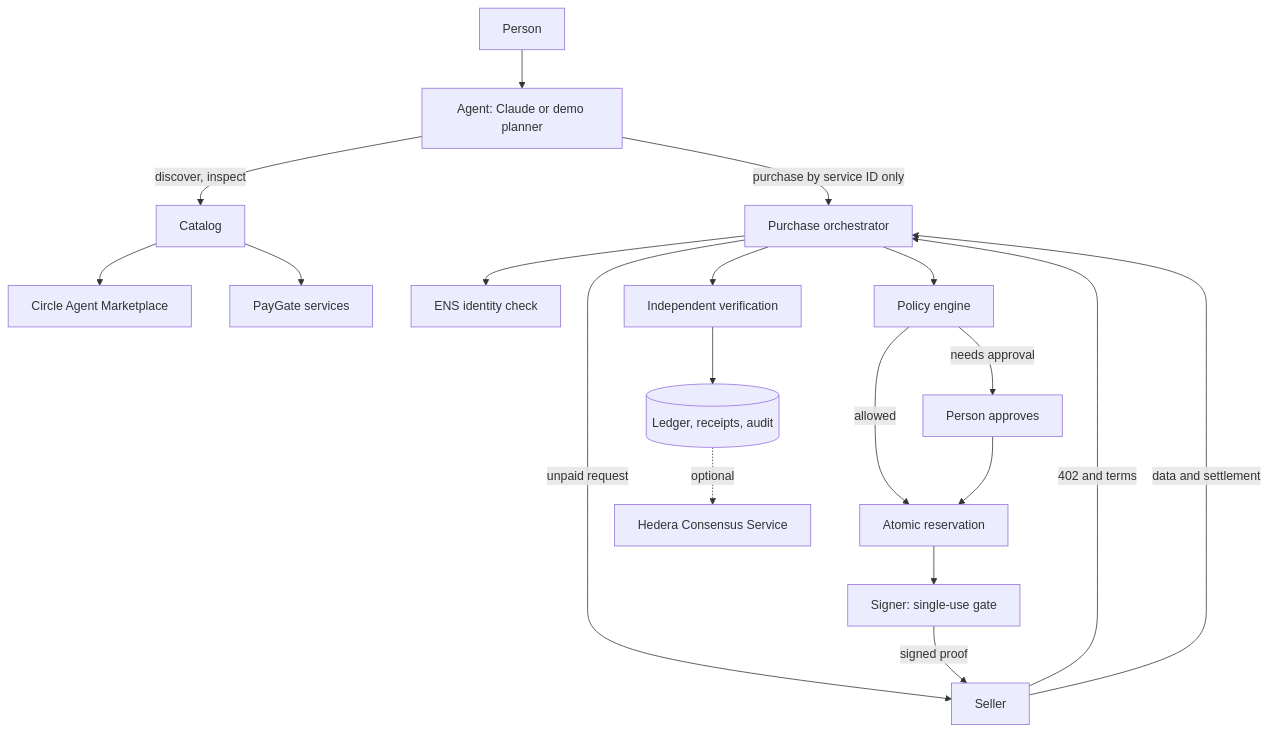
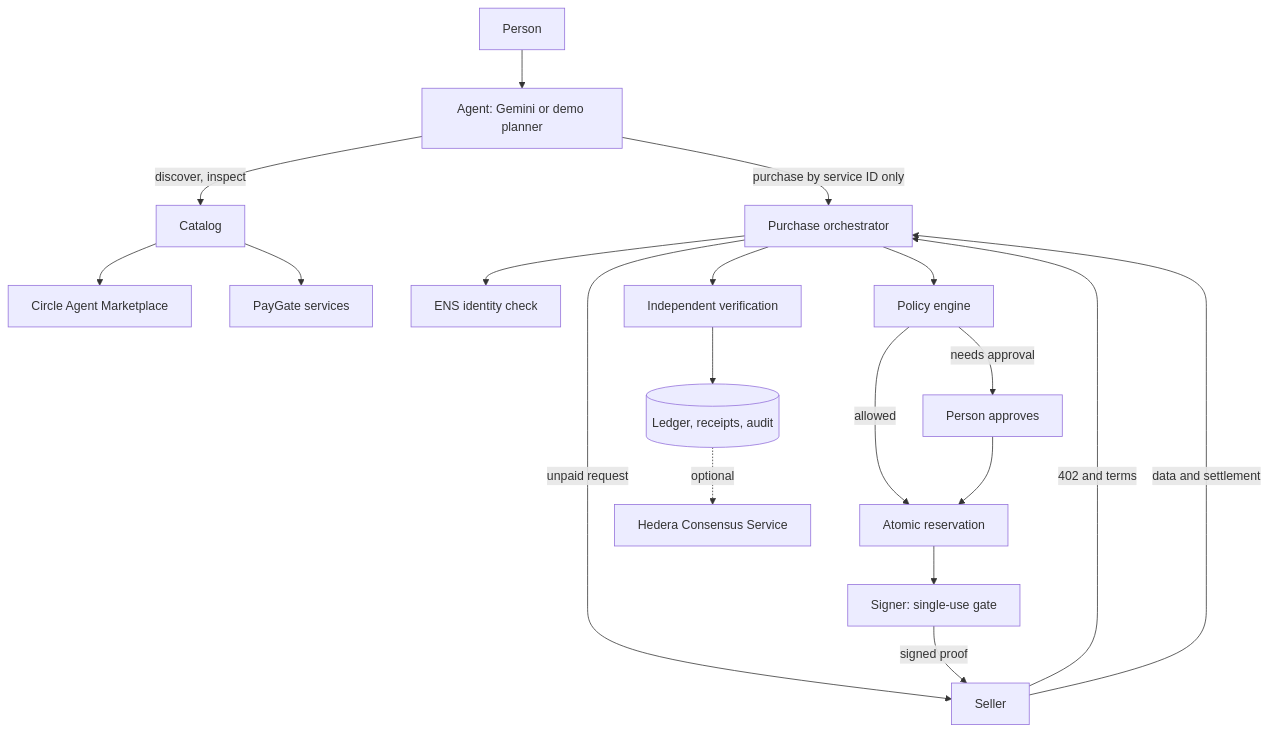
Before and after one commit to d-even/Spica: the diagram in README.md, drawn with Mermaid. The commit also changed other lines of this file and 27 other files, not shown here.

First line of the commit message:
Add wallet sign-in, Gemini agent and HCS topic script

````diff
--- a/README.md
+++ b/README.md
@@ -33,21 +33,21 @@
 ```mermaid
 flowchart TD
-    U[Person] --> A[Agent: Claude or demo planner]
+    U[Person] --> A[Agent: Gemini or demo planner]
     A -->|discover, inspect| C[Catalog]
     C --> CM[Circle Agent Marketplace]
     C --> PG[PayGate services]
     A -->|purchase by service ID only| P[Purchase orchestrator]
     P -->|unpaid request| S[Seller]
     S -->|402 and terms| P
     P --> E[ENS identity check]
     P --> F[Policy engine]
     F -->|needs approval| H[Person approves]
     F -->|allowed| R[Atomic reservation]
     H --> R
     R --> K[Signer: single-use gate]
     K -->|signed proof| S
     S -->|data and settlement| P
     P --> V[Independent verification]
     V --> L[(Ledger, receipts, audit)]
     L -.optional.-> HCS[Hedera Consensus Service]
 ```
````
